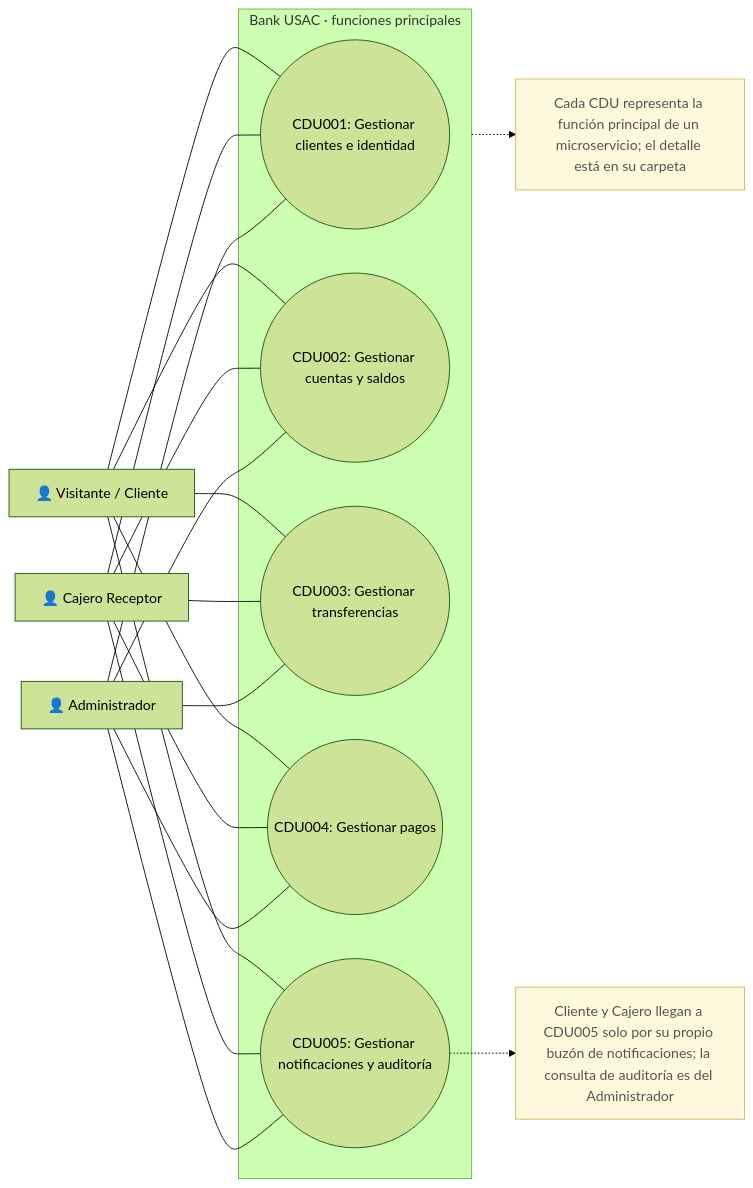
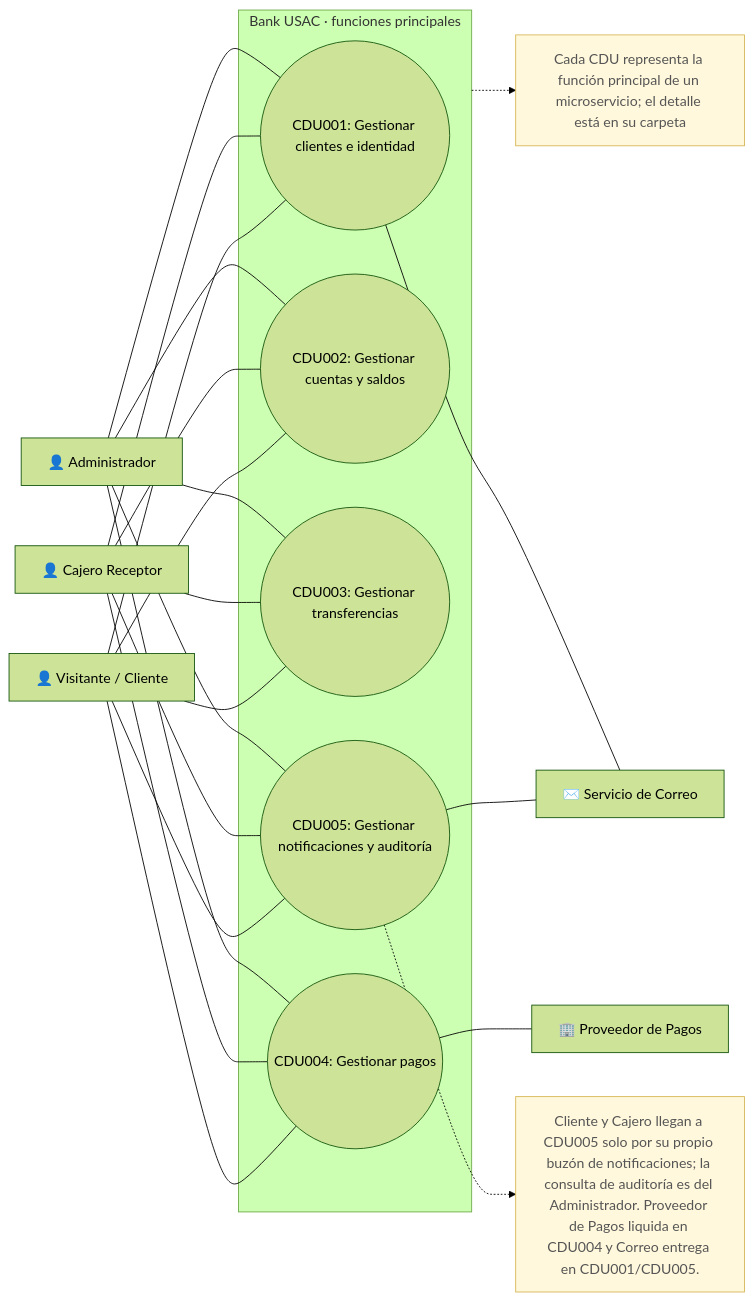
Before and after one commit to marcosbondel/Proyecto-SA-B-2: the diagram in docs/architecture/diagrams/cdu/01-primera-descomposicion.mmd, drawn with Mermaid (forest theme). The commit also changed 9 other files, not shown here.

Commit message:
feat: add public layout component and document core architecture use case diagrams

```diff
--- a/docs/architecture/diagrams/cdu/01-primera-descomposicion.mmd
+++ b/docs/architecture/diagrams/cdu/01-primera-descomposicion.mmd
@@ -1,38 +1,45 @@
 flowchart LR
     visitor["👤 Visitante / Cliente"]
     teller["👤 Cajero Receptor"]
     admin["👤 Administrador"]
 
     subgraph bank["Bank USAC · funciones principales"]
         customer(("CDU001: Gestionar clientes e identidad"))
         account(("CDU002: Gestionar cuentas y saldos"))
         transaction(("CDU003: Gestionar transferencias"))
         payment(("CDU004: Gestionar pagos"))
         audit(("CDU005: Gestionar notificaciones y auditoría"))
     end
+
+    provider["🏢 Proveedor de Pagos"]
+    emailService["✉️ Servicio de Correo"]
 
     visitor --- customer
     visitor --- account
     visitor --- transaction
     visitor --- payment
     visitor --- audit
 
     teller --- customer
     teller --- account
     teller --- transaction
     teller --- payment
     teller --- audit
 
     admin --- customer
     admin --- account
     admin --- transaction
     admin --- payment
     admin --- audit
 
+    payment --- provider
+    audit --- emailService
+    customer --- emailService
+
     note["Cada CDU representa la función principal de un microservicio; el detalle está en su carpeta"]:::note
     bank -.-> note
 
-    scopeNote["Cliente y Cajero llegan a CDU005 solo por su propio buzón de notificaciones; la consulta de auditoría es del Administrador"]:::note
+    scopeNote["Cliente y Cajero llegan a CDU005 solo por su propio buzón de notificaciones; la consulta de auditoría es del Administrador. Proveedor de Pagos liquida en CDU004 y Correo entrega en CDU001/CDU005."]:::note
     audit -.-> scopeNote
 
     classDef note fill:#FFF8DC,stroke:#D6B656,color:#555555;
```
